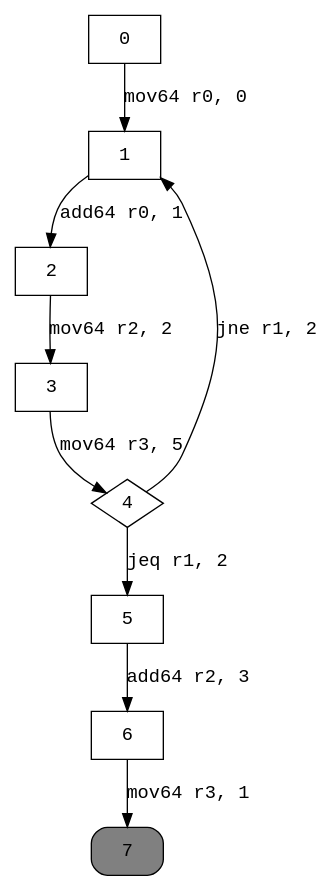
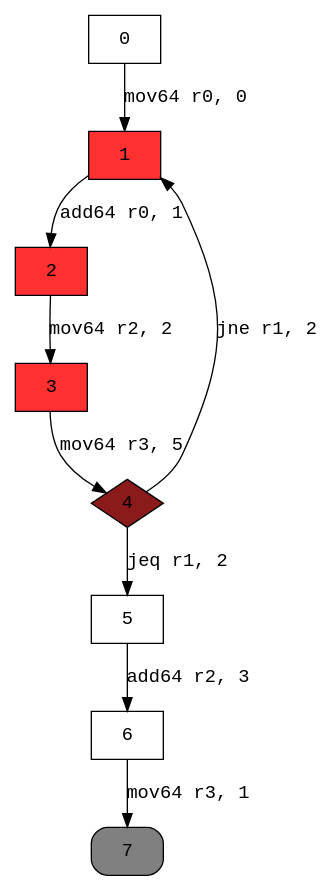
One commit to XicoCorreia/InformationFlowAnalysisEbpf changed the diagram in graphs/doWhile.dot. Above: the diagram before and after it, drawn with Graphviz. The commit also changed 18 other files, not shown here.

```diff
--- a/graphs/doWhile.dot
+++ b/graphs/doWhile.dot
@@ -1,15 +1,18 @@
 digraph cfg { 
 node [fontname="monospace"];
 node [shape=box];
 edge [fontname="monospace"];
   0 -> 1 [label="mov64 r0, 0"];
   1 -> 2 [label="add64 r0, 1"];
   2 -> 3 [label="mov64 r2, 2"];
   3 -> 4 [label="mov64 r3, 5"];
   4 -> 5 [label="jeq r1, 2"];
   4 -> 1 [label="jne r1, 2"];
   5 -> 6 [label="add64 r2, 3"];
   6 -> 7 [label="mov64 r3, 1"];
-4 [shape=diamond];
+1 [style=filled,fillcolor=firebrick1];
+2 [style=filled,fillcolor=firebrick1];
+3 [style=filled,fillcolor=firebrick1];
+4 [shape=diamond,style=filled,fillcolor=firebrick4];
 7 [style="rounded,filled",fillcolor=grey];
 }
```
